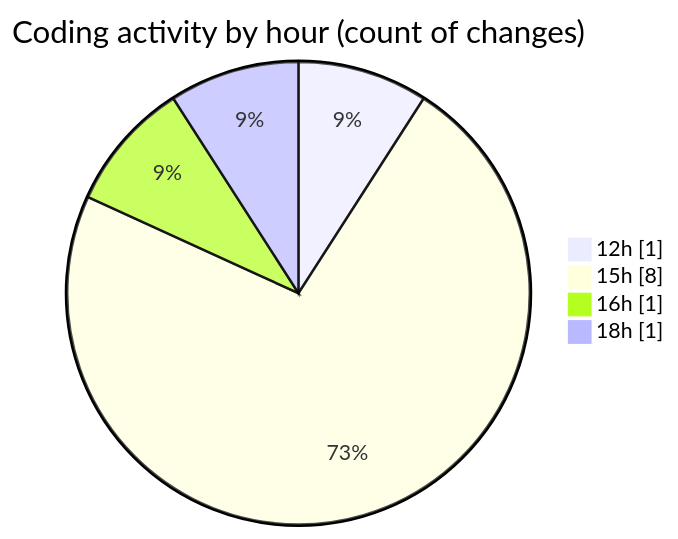
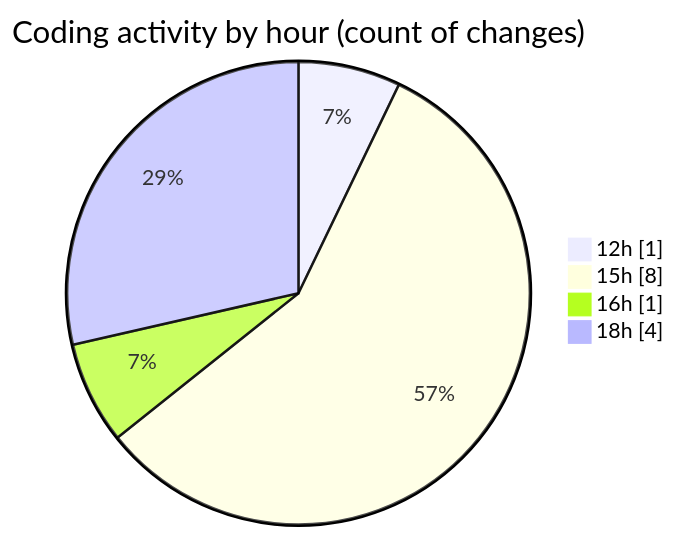
The second of 2 diagrams in 2026-07-10/nxtqube_webapp/README.md (nxtqubesakshisongat/code-tracking), drawn with Mermaid before and after one commit. The commit also changed other lines of this file and 1 other file, not shown here.

````diff
--- a/2026-07-10/nxtqube_webapp/README.md
+++ b/2026-07-10/nxtqube_webapp/README.md
@@ -31,8 +32,8 @@
 ```mermaid
 pie showData
 title Coding activity by hour (count of changes)
 "12h" : 1
 "15h" : 8
 "16h" : 1
-"18h" : 1
+"18h" : 4
 ```
````
